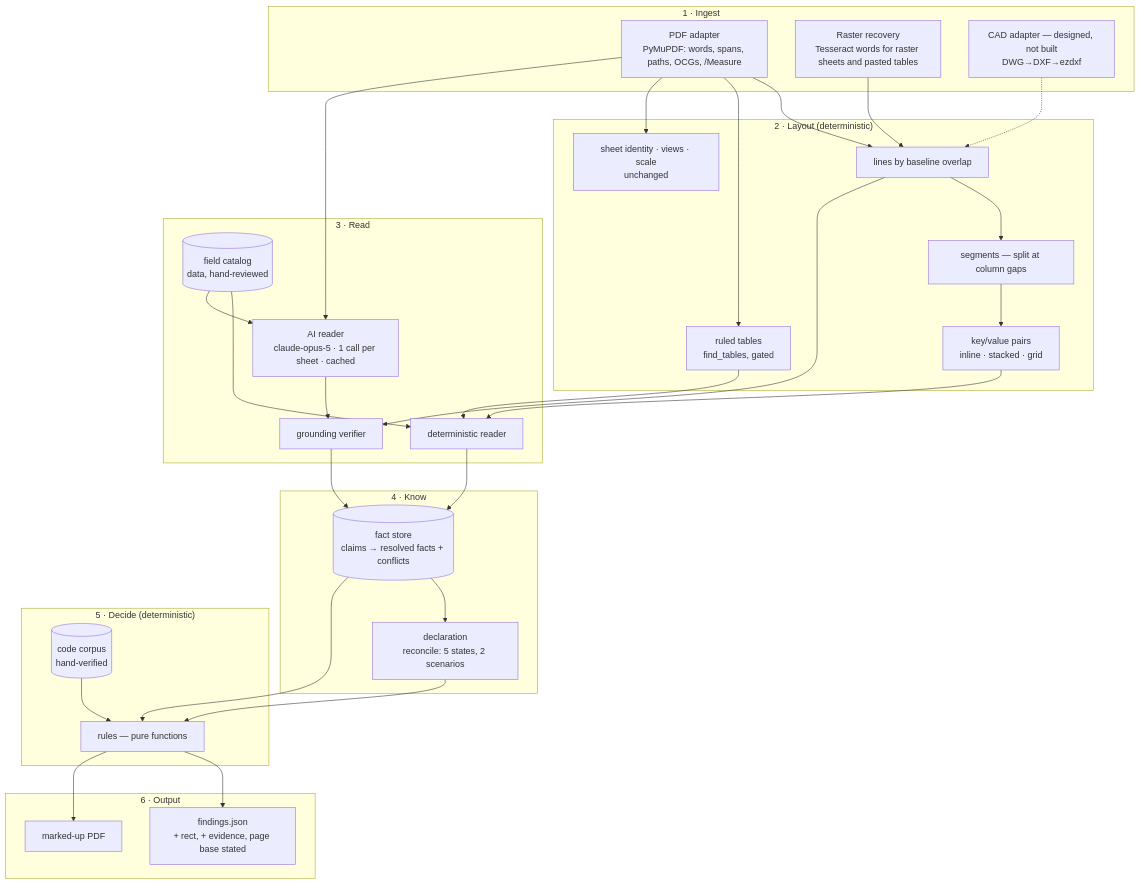
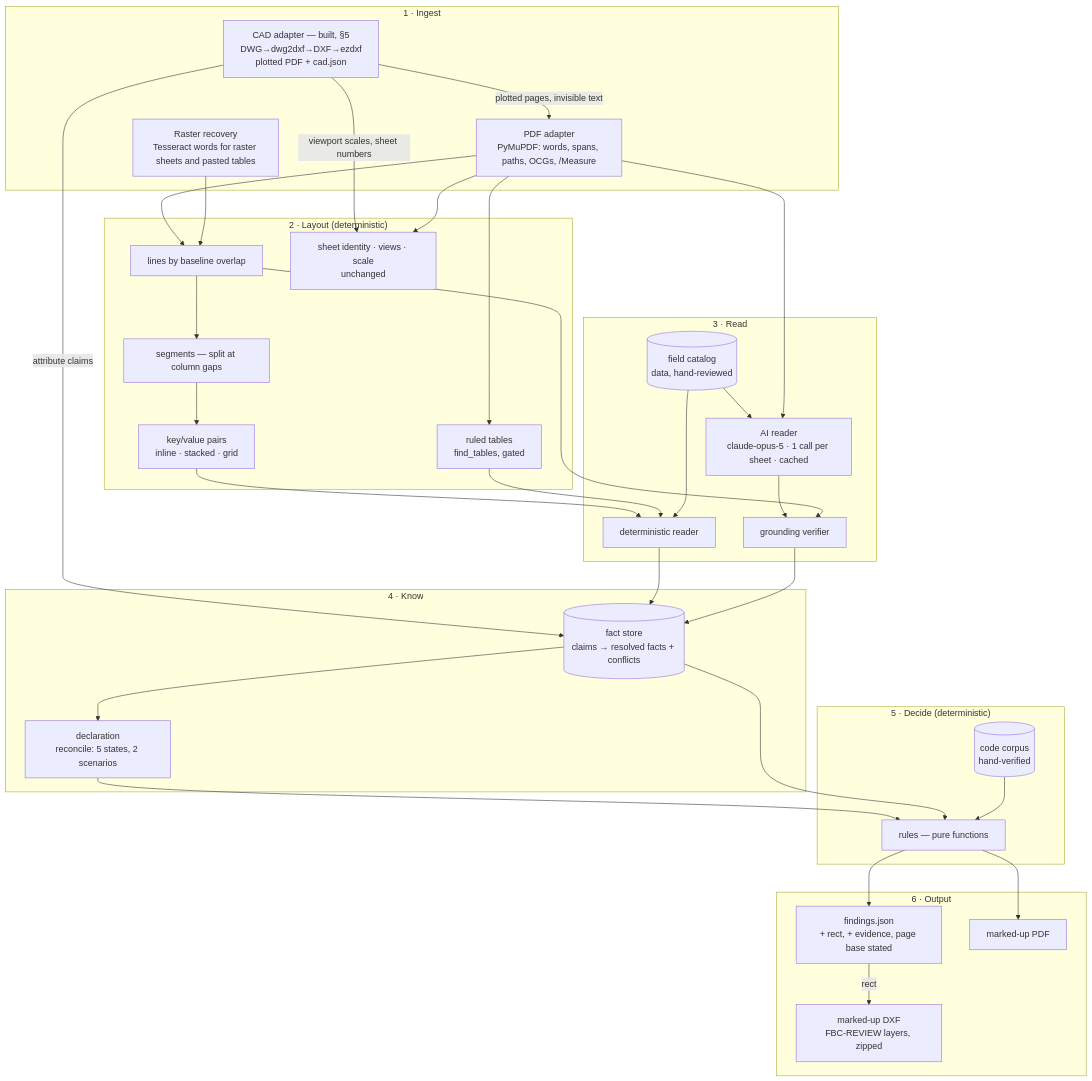
The first of 5 diagrams in docs/ARCHITECTURE-V2.md (bkenol/fbc-review), drawn with Mermaid before and after one commit. The commit also changed other lines of this file and 61 other files, not shown here.

First line of the commit message:
Review DWG, DXF and zipped drawing sets end to end

````diff
--- a/docs/ARCHITECTURE-V2.md
+++ b/docs/ARCHITECTURE-V2.md
@@ -81,53 +82,57 @@
 ```mermaid
 flowchart TB
     subgraph Ingest["1 · Ingest"]
         PDF[PDF adapter<br/>PyMuPDF: words, spans, paths, OCGs, /Measure]
         OCR[Raster recovery<br/>Tesseract words for raster sheets and pasted tables]
-        CAD[CAD adapter — designed, not built<br/>DWG→DXF→ezdxf]
+        CAD[CAD adapter — built, §5<br/>DWG→dwg2dxf→DXF→ezdxf<br/>plotted PDF + cad.json]
     end
     subgraph Layout["2 · Layout (deterministic)"]
         LN[lines by baseline overlap]
         SG[segments — split at column gaps]
         KV[key/value pairs<br/>inline · stacked · grid]
         TB[ruled tables<br/>find_tables, gated]
         SI[sheet identity · views · scale<br/>unchanged]
     end
     subgraph Read["3 · Read"]
         CAT[(field catalog<br/>data, hand-reviewed)]
         DET[deterministic reader]
         AIR[AI reader<br/>claude-opus-5 · 1 call per sheet · cached]
         GRD[grounding verifier]
     end
     subgraph Know["4 · Know"]
         FS[(fact store<br/>claims → resolved facts + conflicts)]
         DEC[declaration<br/>reconcile: 5 states, 2 scenarios]
     end
     subgraph Decide["5 · Decide (deterministic)"]
         RL[rules — pure functions]
         CC[(code corpus<br/>hand-verified)]
     end
     subgraph Out["6 · Output"]
         FJ[findings.json<br/>+ rect, + evidence, page base stated]
         MK[marked-up PDF]
+        MD[marked-up DXF<br/>FBC-REVIEW layers, zipped]
     end
     PDF --> LN
     OCR --> LN
-    CAD -.-> LN
+    CAD -- plotted pages, invisible text --> PDF
+    CAD -- attribute claims --> FS
+    CAD -- viewport scales, sheet numbers --> SI
     LN --> SG --> KV
     PDF --> TB
     PDF --> SI
     KV --> DET
     TB --> DET
     CAT --> DET
     CAT --> AIR
     PDF --> AIR
     AIR --> GRD
     LN --> GRD
     DET --> FS
     GRD --> FS
     FS --> DEC --> RL
     FS --> RL
     CC --> RL
     RL --> FJ
     RL --> MK
+    FJ -- rect --> MD
 ```
````
